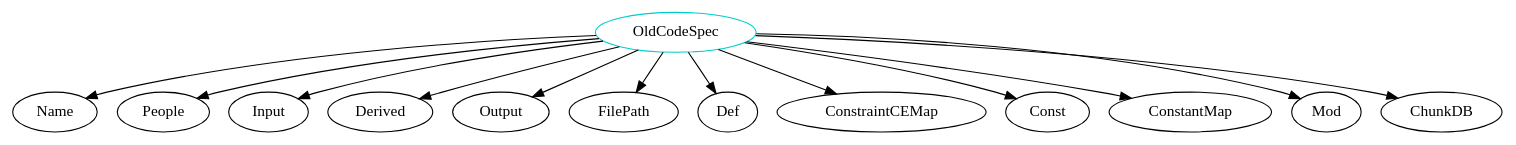
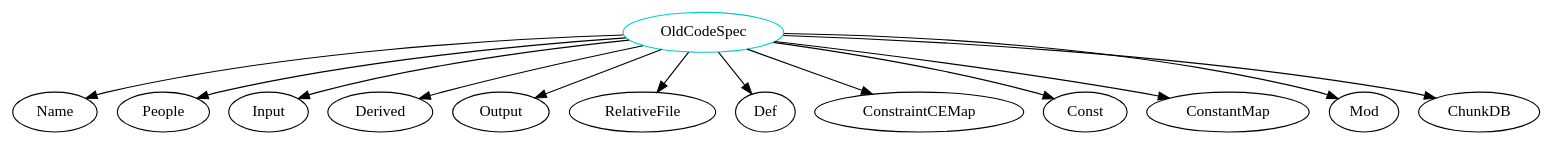
The diagram in analysis/TypeDependencyGraphs/code/OldCodeSpec.dot (JacquesCarette/Drasil), drawn with Graphviz before and after one commit. The commit also changed 818 other files, not shown here.

```diff
--- a/analysis/TypeDependencyGraphs/code/OldCodeSpec.dot
+++ b/analysis/TypeDependencyGraphs/code/OldCodeSpec.dot
@@ -1,15 +1,15 @@
 digraph oldcodespec{
 OldCodeSpec	[shape=oval, color=cyan3, label="OldCodeSpec"];
 OldCodeSpec -> Name;
 OldCodeSpec -> People;
 OldCodeSpec -> Input;
 OldCodeSpec -> Derived;
 OldCodeSpec -> Output;
-OldCodeSpec -> FilePath;
+OldCodeSpec -> RelativeFile;
 OldCodeSpec -> Def;
 OldCodeSpec -> ConstraintCEMap;
 OldCodeSpec -> Const;
 OldCodeSpec -> ConstantMap;
 OldCodeSpec -> Mod;
 OldCodeSpec -> ChunkDB;
 }
```
